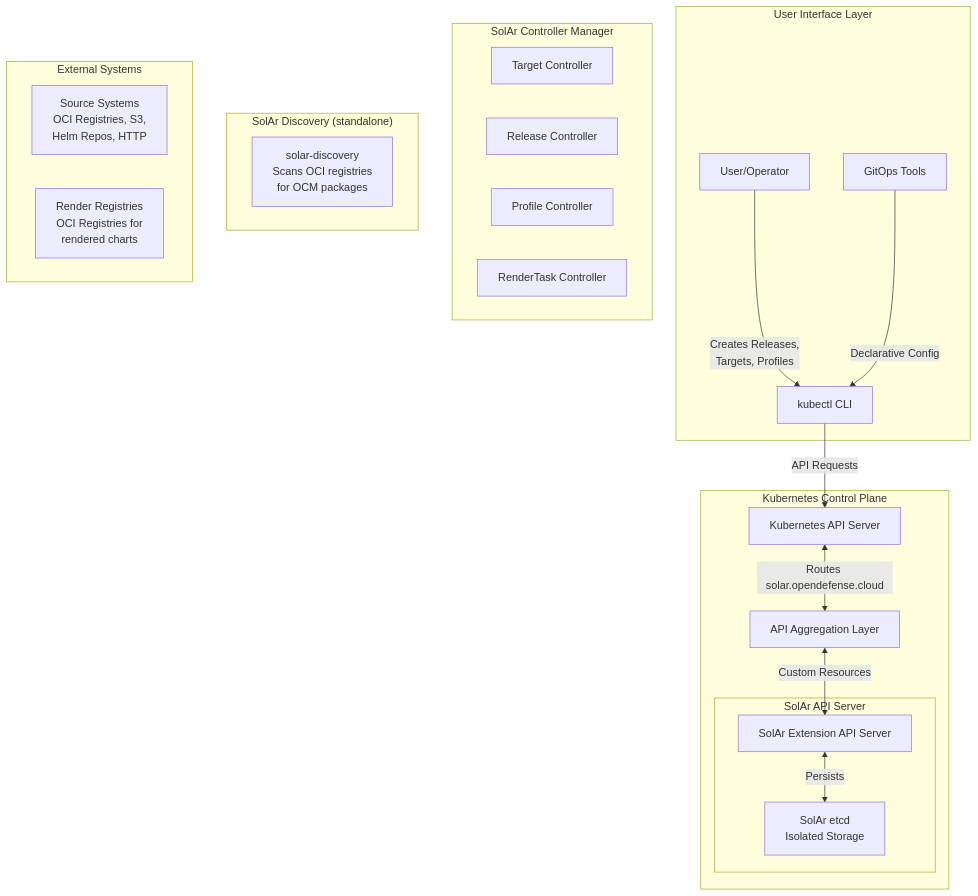
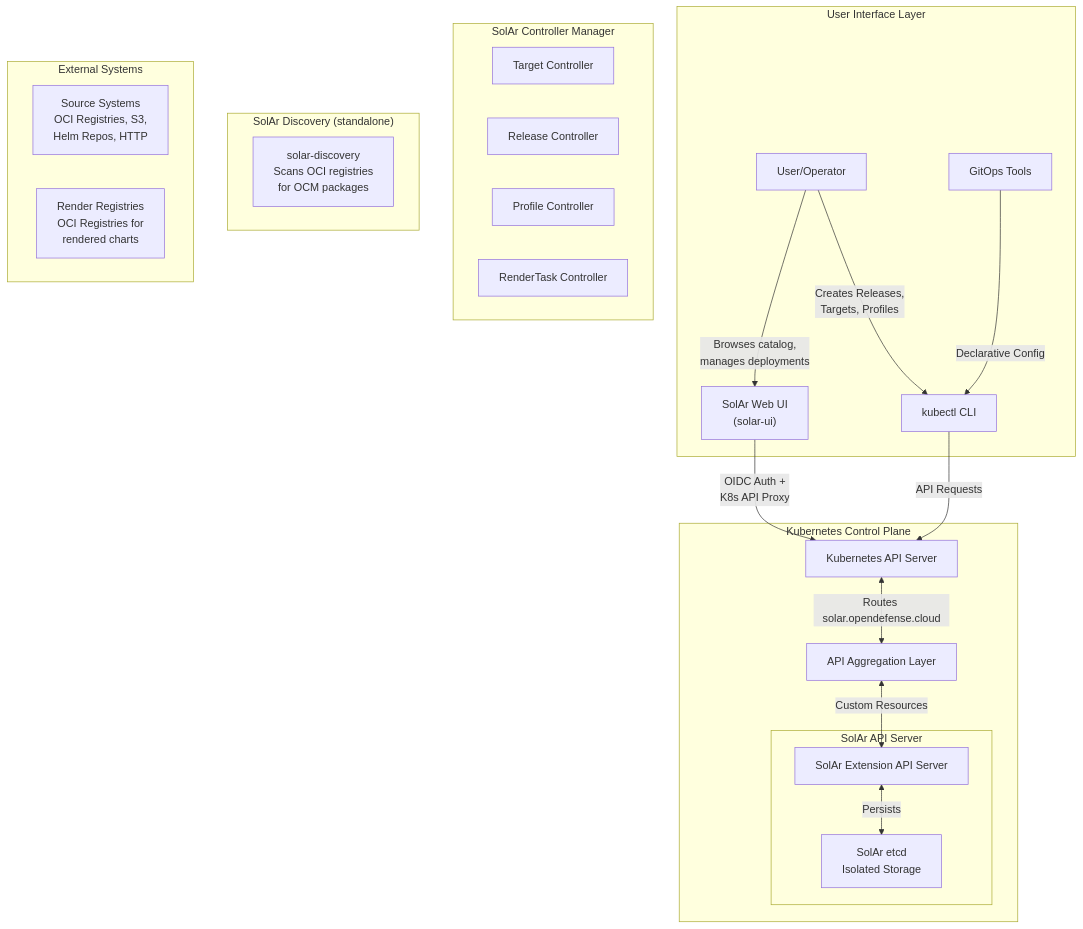
Before and after one commit to opendefensecloud/solution-arsenal: the first of 2 diagrams in docs/developer-guide/architecture.md, drawn with Mermaid. The commit also changed other lines of this file and 2 other files, not shown here.

````diff
--- a/docs/developer-guide/architecture.md
+++ b/docs/developer-guide/architecture.md
@@ -5,42 +5,45 @@
 ```mermaid
 graph TB
     subgraph "User Interface Layer"
         User["User/Operator"]
         Kubectl["kubectl CLI"]
         GitOps["GitOps Tools"]
+        WebUI["SolAr Web UI<br/>(solar-ui)"]
     end
 
     subgraph "Kubernetes Control Plane"
         K8sAPI["Kubernetes API Server"]
         APIAgg["API Aggregation Layer"]
 
         subgraph "SolAr API Server"
             SOLARAPI["SolAr Extension API Server"]
             SOLARETCD["SolAr etcd<br/>Isolated Storage"]
         end
     end
 
     subgraph "SolAr Controller Manager"
         TargetCtrl["Target Controller"]
         ReleaseCtrl["Release Controller"]
         ProfileCtrl["Profile Controller"]
         RenderTaskCtrl["RenderTask Controller"]
     end
 
     subgraph "SolAr Discovery (standalone)"
         Discovery["solar-discovery<br/>Scans OCI registries<br/>for OCM packages"]
     end
 
     subgraph "External Systems"
         SrcReg["Source Systems<br/>OCI Registries, S3,<br/>Helm Repos, HTTP"]
         DstReg["Render Registries<br/>OCI Registries for<br/>rendered charts"]
     end
 
     User -->|"Creates Releases,<br/>Targets, Profiles"| Kubectl
+    User -->|"Browses catalog,<br/>manages deployments"| WebUI
     GitOps -->|"Declarative Config"| Kubectl
     Kubectl -->|"API Requests"| K8sAPI
+    WebUI -->|"OIDC Auth +<br/>K8s API Proxy"| K8sAPI
 
     K8sAPI <-->|"Routes solar.opendefense.cloud"| APIAgg
     APIAgg <-->|"Custom Resources"| SOLARAPI
     SOLARAPI <-->|"Persists"| SOLARETCD
 ```
````
